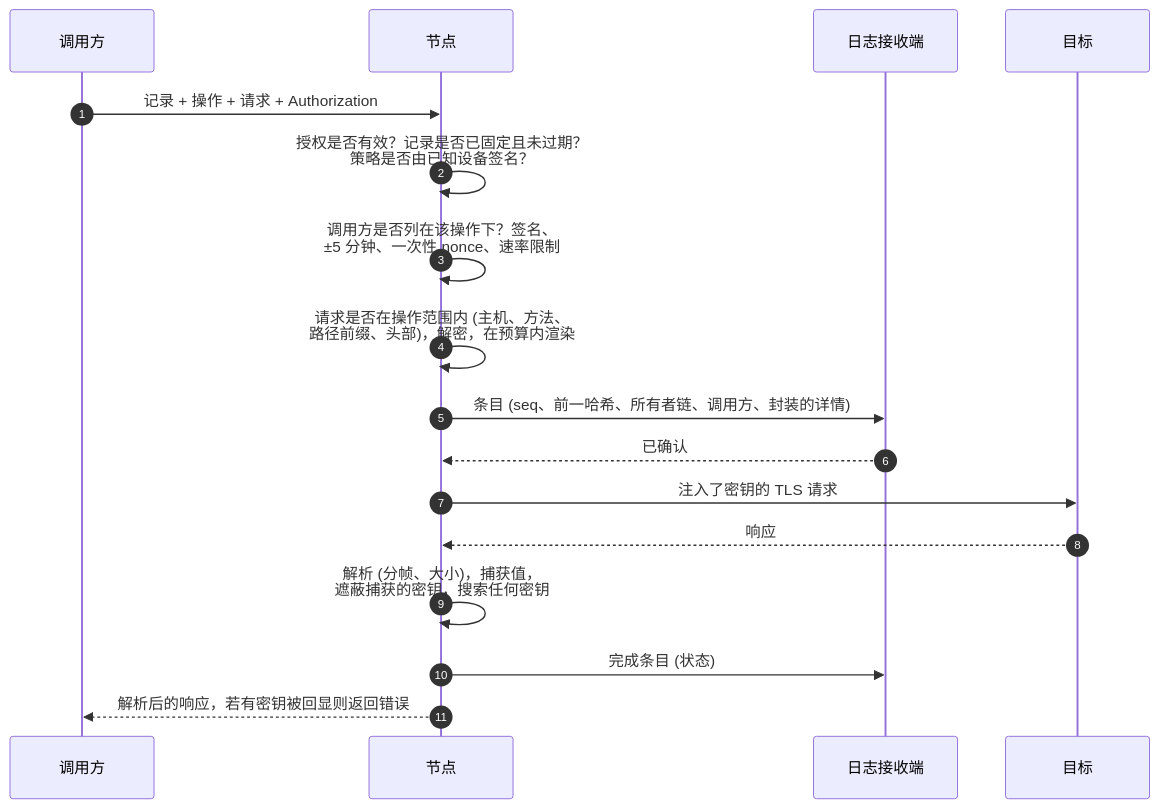
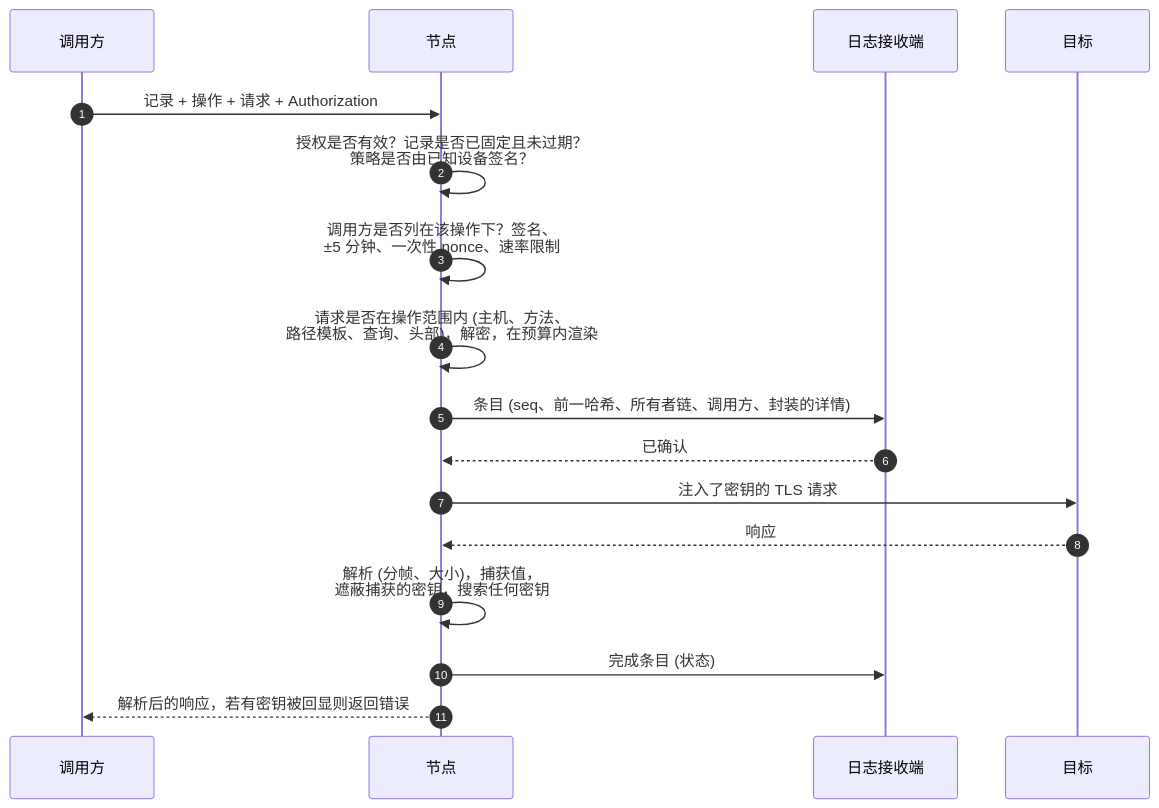
Before and after one commit to BloubHQ/credentials: the second of 5 diagrams in docs/i18n/README.zh-CN.md, drawn with Mermaid. The commit also changed other lines of this file and 55 other files, not shown here.

````diff
--- a/docs/i18n/README.zh-CN.md
+++ b/docs/i18n/README.zh-CN.md
@@ -77,19 +77,19 @@
 ```mermaid
 sequenceDiagram
     autonumber
     participant C as 调用方
     participant N as 节点
     participant L as 日志接收端
     participant D as 目标
     C->>N: 记录 + 操作 + 请求 + Authorization
     N->>N: 授权是否有效？记录是否已固定且未过期？<br/>策略是否由已知设备签名？
     N->>N: 调用方是否列在该操作下？签名、<br/>±5 分钟、一次性 nonce、速率限制
-    N->>N: 请求是否在操作范围内 (主机、方法、<br/>路径前缀、头部)，解密，在预算内渲染
+    N->>N: 请求是否在操作范围内 (主机、方法、<br/>路径模板、查询、头部)，解密，在预算内渲染
     N->>L: 条目 (seq、前一哈希、所有者链、调用方、封装的详情)
     L-->>N: 已确认
     N->>D: 注入了密钥的 TLS 请求
     D-->>N: 响应
     N->>N: 解析 (分帧、大小)，捕获值，<br/>遮蔽捕获的密钥，搜索任何密钥
     N->>L: 完成条目 (状态)
     N-->>C: 解析后的响应，若有密钥被回显则返回错误
 ```
````
